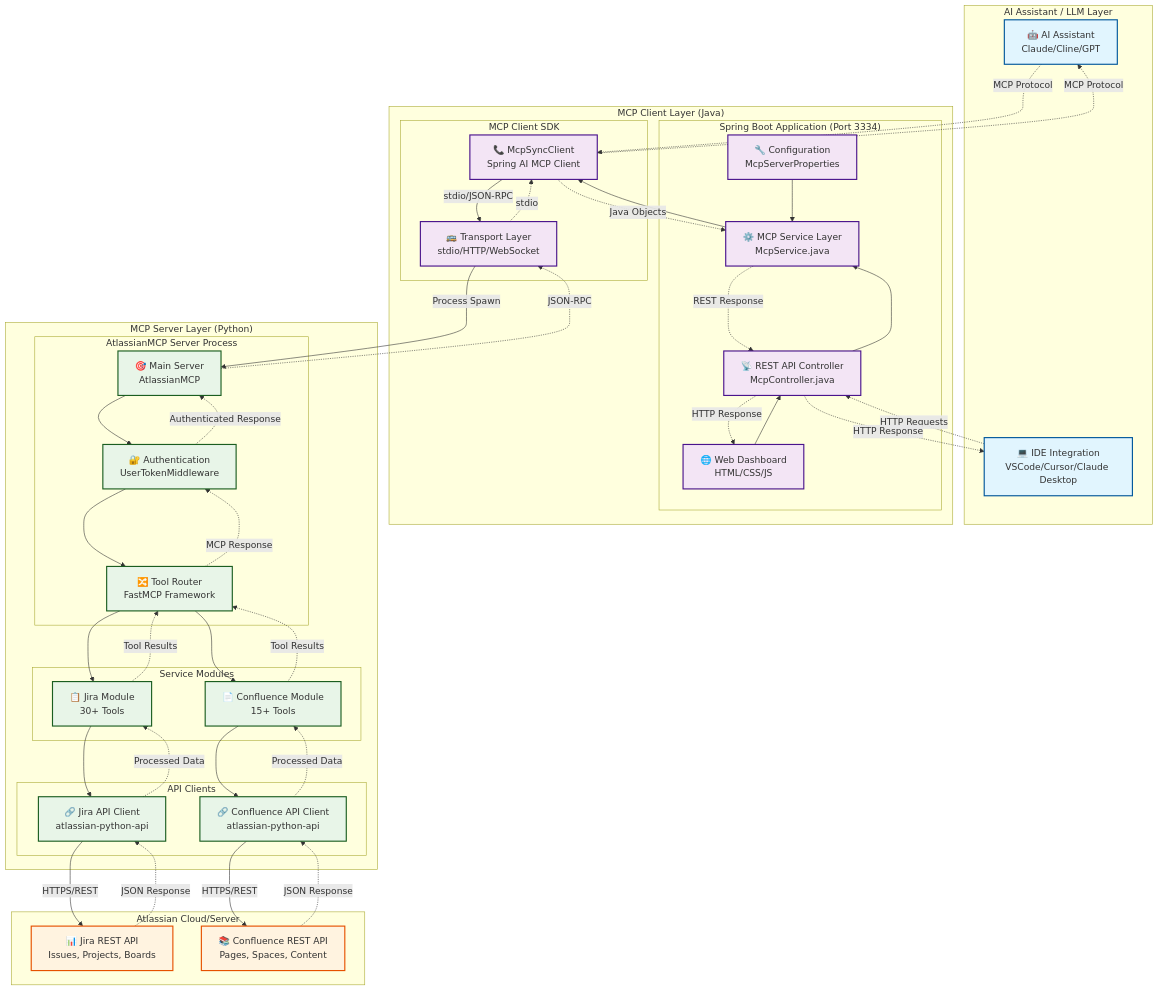
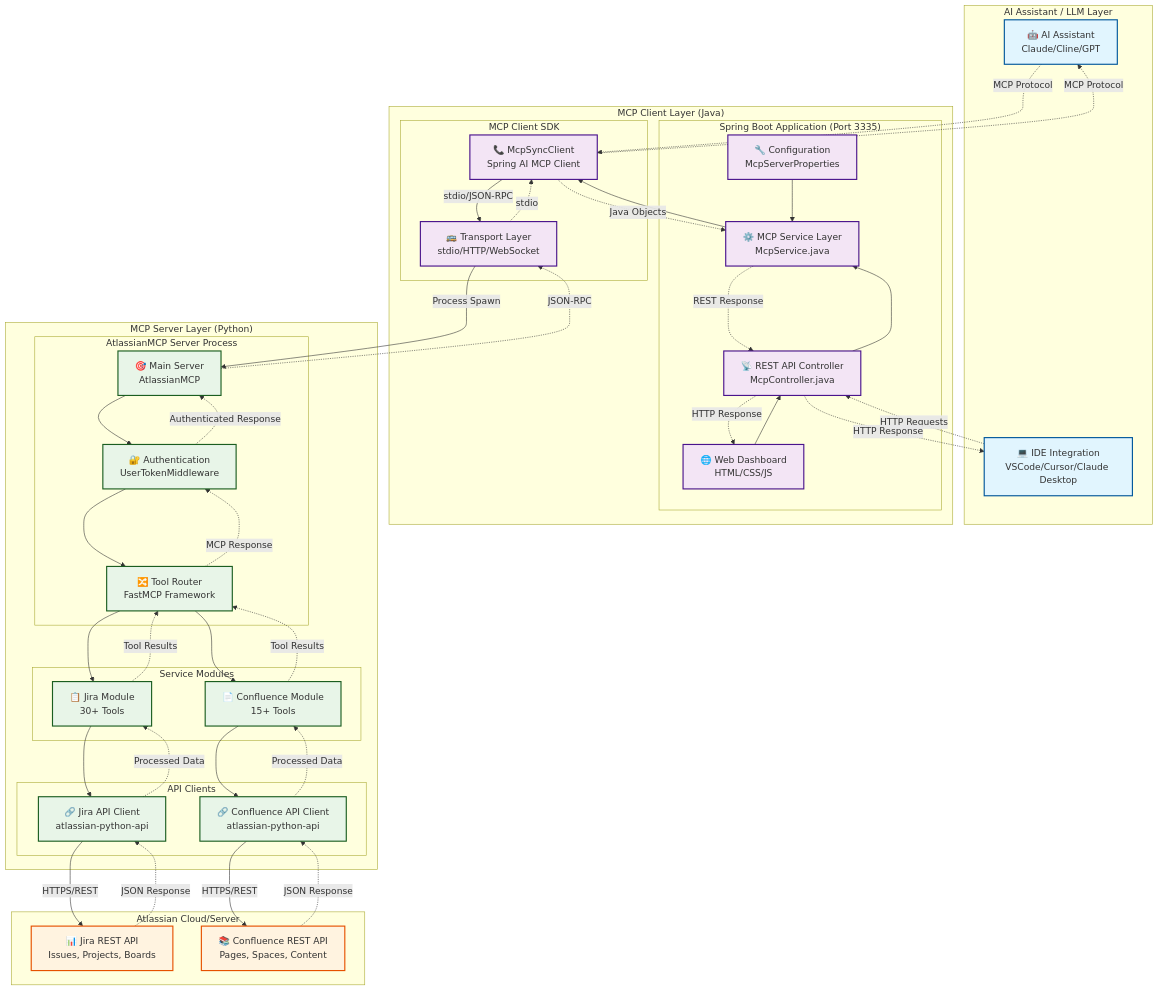
Before and after one commit to arseni-konakhau/mcp-client: the first of 4 diagrams in _DESIGN.md, drawn with Mermaid. The commit also changed other lines of this file and 9 other files, not shown here.

```diff
--- a/_DESIGN.md
+++ b/_DESIGN.md
@@ -14,7 +14,7 @@
     end
 
     subgraph "MCP Client Layer (Java)"
-        subgraph "Spring Boot Application (Port 3334)"
+        subgraph "Spring Boot Application (Port 3335)"
             WebUI[🌐 Web Dashboard<br/>HTML/CSS/JS]
             RestAPI[📡 REST API Controller<br/>McpController.java]
             Service[⚙️ MCP Service Layer<br/>McpService.java]
```
